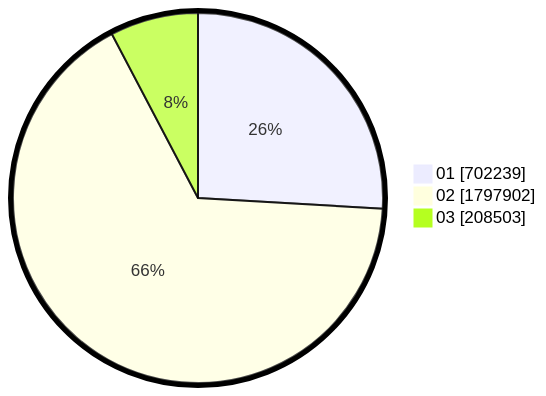
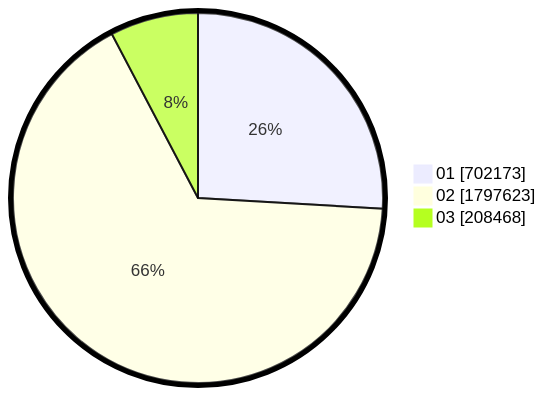
The second of 2 diagrams in pilpres/hitung-suara/sub/table-wilayah-52.md (gigit-pemilu/pemilu-2024), drawn with Mermaid before and after one commit. The commit also changed other lines of this file and 10 other files, not shown here.

````diff
--- a/pilpres/hitung-suara/sub/table-wilayah-52.md
+++ b/pilpres/hitung-suara/sub/table-wilayah-52.md
@@ -15,7 +15,7 @@
 ```mermaid
 %%{init: {"pie": {"textPosition": 0.5}, "themeVariables": {"pieOuterStrokeWidth": "5px"}} }%%
 pie showData
-    "01" : 702239
-    "02" : 1797902
-    "03" : 208503
+    "01" : 702173
+    "02" : 1797623
+    "03" : 208468
 ```
````
